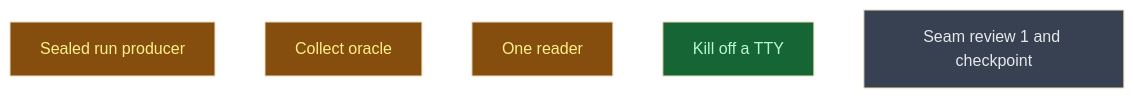
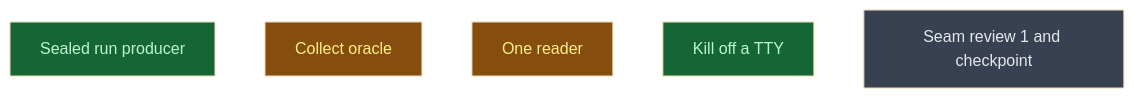
The diagram in __roadmap__/integrity/causes/README.md (CrackingShells/Candler), drawn with Mermaid (base theme) before and after one commit. The commit also changed other lines of this file, not shown here.

Commit message:
rdm(api): close the sealed run producer leaf

````diff
--- a/__roadmap__/integrity/causes/README.md
+++ b/__roadmap__/integrity/causes/README.md
@@ -18,13 +18,13 @@
 ```mermaid
 graph TD
-    sealed_run_producer[Sealed run producer]:::inprogress
+    sealed_run_producer[Sealed run producer]:::done
     collect_oracle[Collect oracle]:::inprogress
     one_reader[One reader]:::inprogress
     kill_off_tty[Kill off a TTY]:::done
     checkpoint[Seam review 1 and checkpoint]:::planned
     classDef done       fill:#166534,color:#bbf7d0
     classDef inprogress fill:#854d0e,color:#fef08a
     classDef planned    fill:#374151,color:#e5e7eb
     classDef amendment  fill:#1e3a5f,color:#bfdbfe
     classDef blocked    fill:#7f1d1d,color:#fecaca
 ```
````
